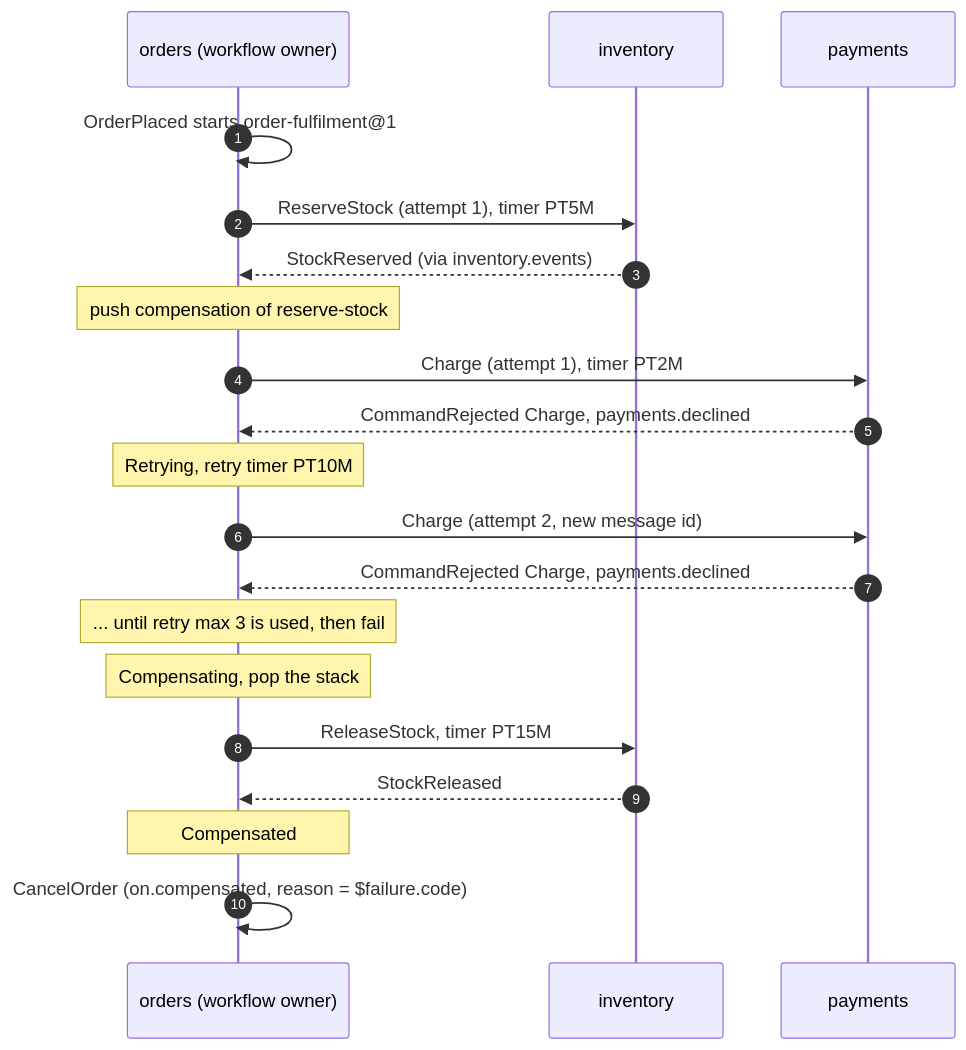
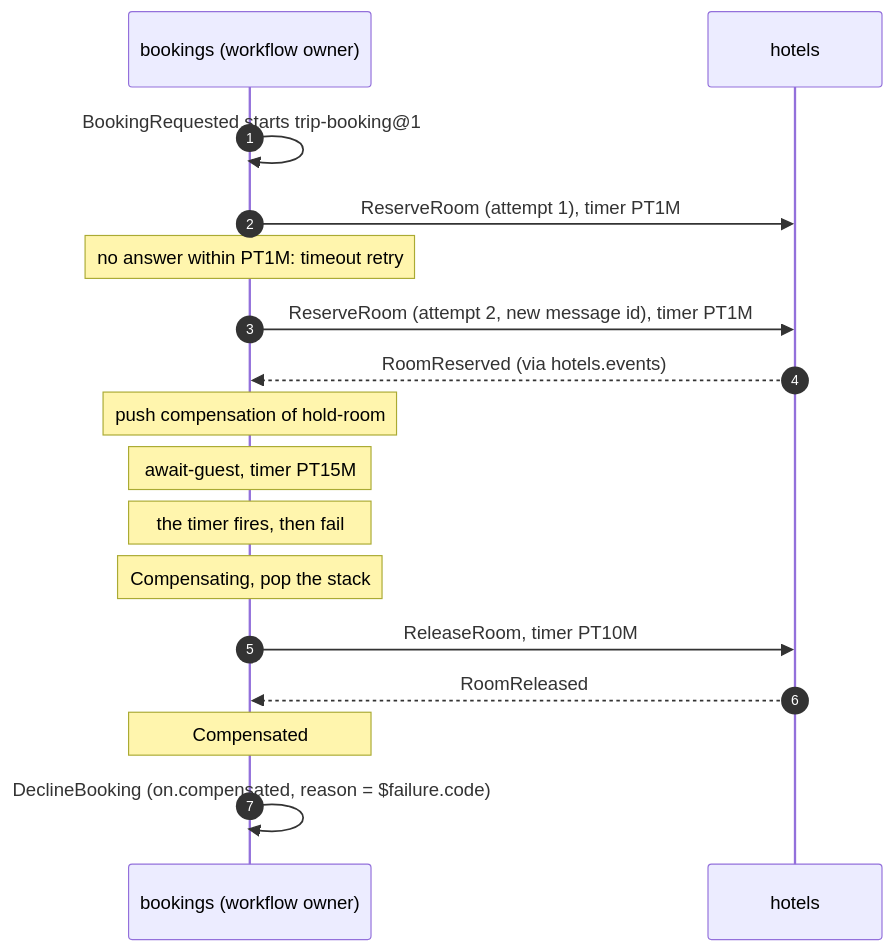
One commit to CodeShayk/SourceFlow.Net changed the fifth of 6 diagrams in docs/v3.0.0/Documentation/Architecture/09-Process-Managers-and-Workflows.md. Above: the diagram before and after it, drawn with Mermaid. The commit also changed other lines of this file and 137 other files, not shown here.

````diff
--- a/docs/v3.0.0/Documentation/Architecture/09-Process-Managers-and-Workflows.md
+++ b/docs/v3.0.0/Documentation/Architecture/09-Process-Managers-and-Workflows.md
@@ -281,22 +281,19 @@
 ```mermaid
 sequenceDiagram
     autonumber
-    participant O as orders (workflow owner)
-    participant I as inventory
-    participant P as payments
-    O->>O: OrderPlaced starts order-fulfilment@1
-    O->>I: ReserveStock (attempt 1), timer PT5M
-    I-->>O: StockReserved (via inventory.events)
-    Note over O: push compensation of reserve-stock
-    O->>P: Charge (attempt 1), timer PT2M
-    P-->>O: CommandRejected Charge, payments.declined
-    Note over O: Retrying, retry timer PT10M
-    O->>P: Charge (attempt 2, new message id)
-    P-->>O: CommandRejected Charge, payments.declined
-    Note over O: ... until retry max 3 is used, then fail
-    Note over O: Compensating, pop the stack
-    O->>I: ReleaseStock, timer PT15M
-    I-->>O: StockReleased
-    Note over O: Compensated
-    O->>O: CancelOrder (on.compensated, reason = $failure.code)
+    participant B as bookings (workflow owner)
+    participant H as hotels
+    B->>B: BookingRequested starts trip-booking@1
+    B->>H: ReserveRoom (attempt 1), timer PT1M
+    Note over B: no answer within PT1M: timeout retry
+    B->>H: ReserveRoom (attempt 2, new message id), timer PT1M
+    H-->>B: RoomReserved (via hotels.events)
+    Note over B: push compensation of hold-room
+    Note over B: await-guest, timer PT15M
+    Note over B: the timer fires, then fail
+    Note over B: Compensating, pop the stack
+    B->>H: ReleaseRoom, timer PT10M
+    H-->>B: RoomReleased
+    Note over B: Compensated
+    B->>B: DeclineBooking (on.compensated, reason = $failure.code)
 ```
````
